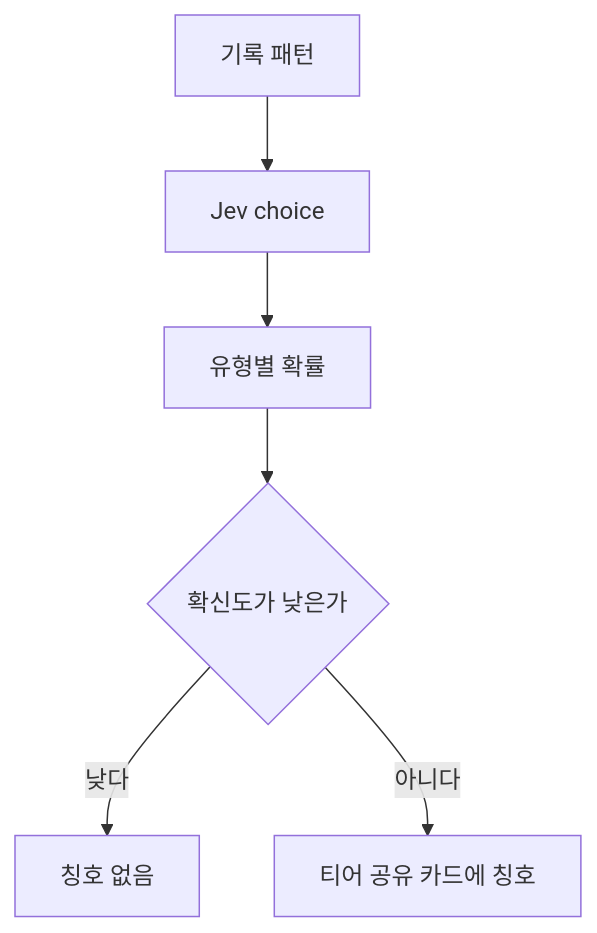
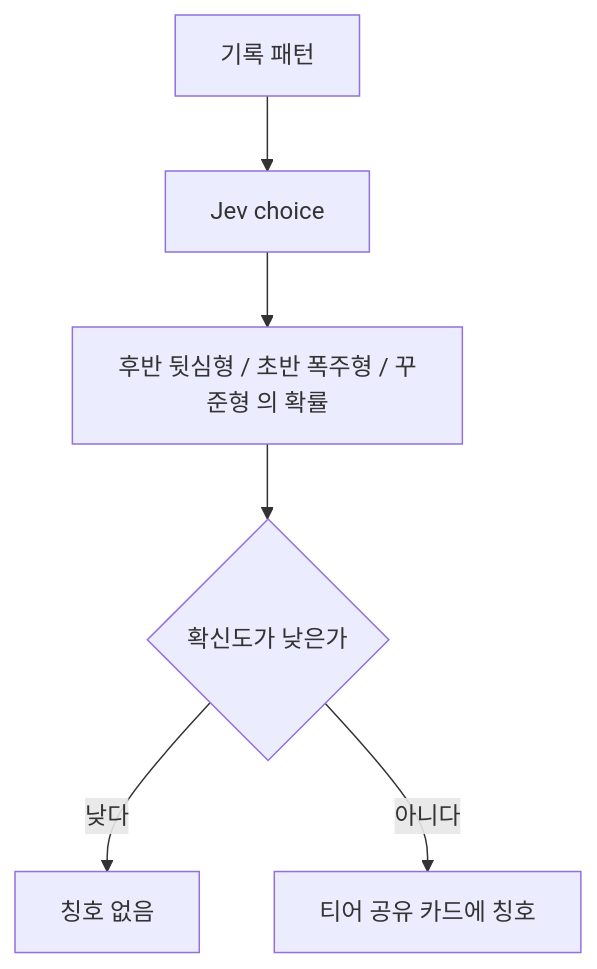
The diagram in docs/v4/features/runner-type.md (BeomhyunPark/hoohaa), drawn with Mermaid before and after one commit. The commit also changed other lines of this file and 8 other files, not shown here.

````diff
--- a/docs/v4/features/runner-type.md
+++ b/docs/v4/features/runner-type.md
@@ -15,8 +17,8 @@
 ```mermaid
 flowchart TD
   pattern["기록 패턴"] --> jev["Jev choice"]
-  jev --> title["유형별 확률"]
+  jev --> title["후반 뒷심형 / 초반 폭주형 / 꾸준형 의 확률"]
   title --> gate{"확신도가 낮은가"}
   gate -->|낮다| hold["칭호 없음"]
   gate -->|아니다| card["티어 공유 카드에 칭호"]
 ```
````
